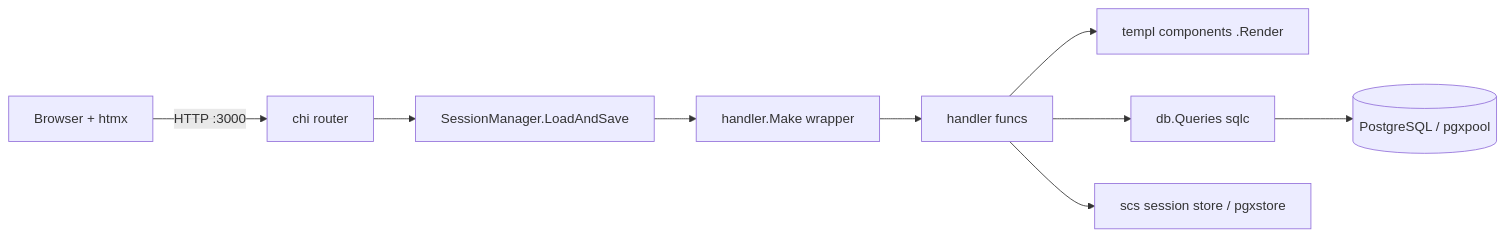
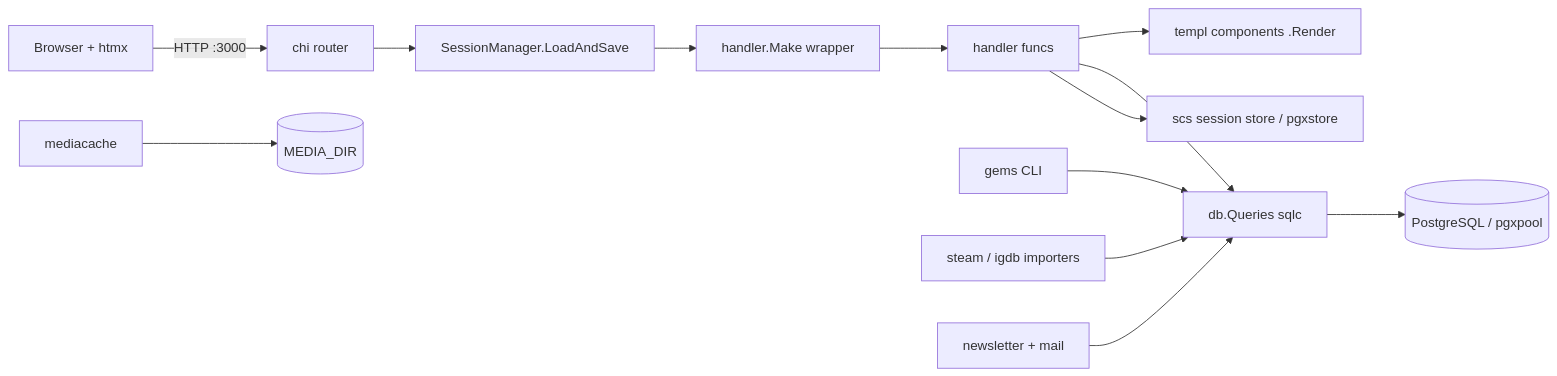
Before and after one commit to embiem/go-web-template: the diagram in AGENTS.md, drawn with Mermaid. The commit also changed other lines of this file and 178 other files, not shown here.

````diff
--- a/AGENTS.md
+++ b/AGENTS.md
@@ -9,11 +14,15 @@
 ```mermaid
 graph LR
   A[Browser + htmx] -->|HTTP :3000| B[chi router]
   B --> C[SessionManager.LoadAndSave]
   C --> D[handler.Make wrapper]
   D --> E[handler funcs]
   E --> F[templ components .Render]
   E --> G[db.Queries sqlc]
   G --> H[(PostgreSQL / pgxpool)]
   E --> I[scs session store / pgxstore]
+  CLI[gems CLI] --> G
+  S[steam / igdb importers] --> G
+  M[mediacache] --> K[(MEDIA_DIR)]
+  N[newsletter + mail] --> G
 ```
````
